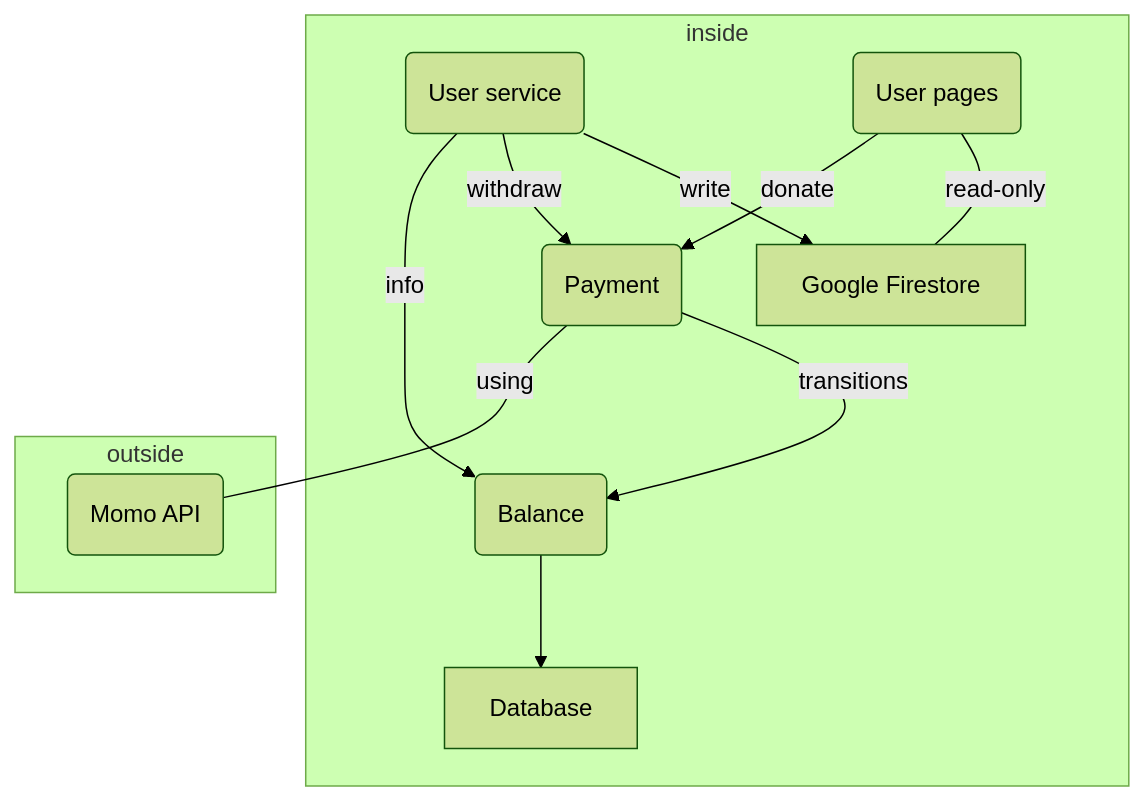
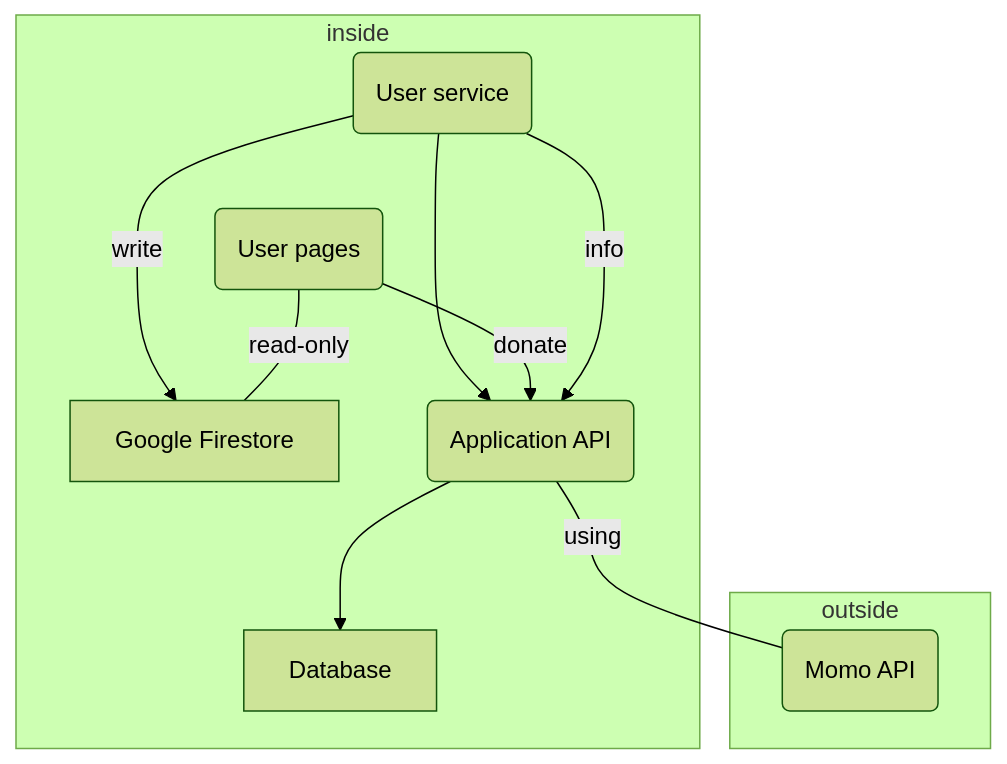
The diagram in doan-obsidian/Thiết kế hệ thống/Tổng quan.md (garovu/doan), drawn with Mermaid (forest theme) before and after one commit. The commit also changed other lines of this file and 21 other files, not shown here.

````diff
--- a/doan-obsidian/Thiết kế hệ thống/Tổng quan.md
+++ b/doan-obsidian/Thiết kế hệ thống/Tổng quan.md
@@ -20,18 +18,16 @@
 ```mermaid
 flowchart TD
 	subgraph inside
 	    U(User service) -- write --> G[Google Firestore]
 	    L(User pages) -- read-only --- G
-	    U -- withdraw --> P(Payment)
-	
-	    B(Balance) --> D[Database]
-	    L -- donate --> P
-	    P -- transitions --> B
-	    U -- info --> B
+	    U ---> API(Application API)
+	    API--> D[Database]
+	    L -- donate --> API
+	    U -- info --> API
     end
     subgraph outside
-	    P -- using --- M(Momo API)
+	    API -- using --- M(Momo API)
 	    %% H -- mail --- E(Mailgun) %%
     end
 
 ```
````
